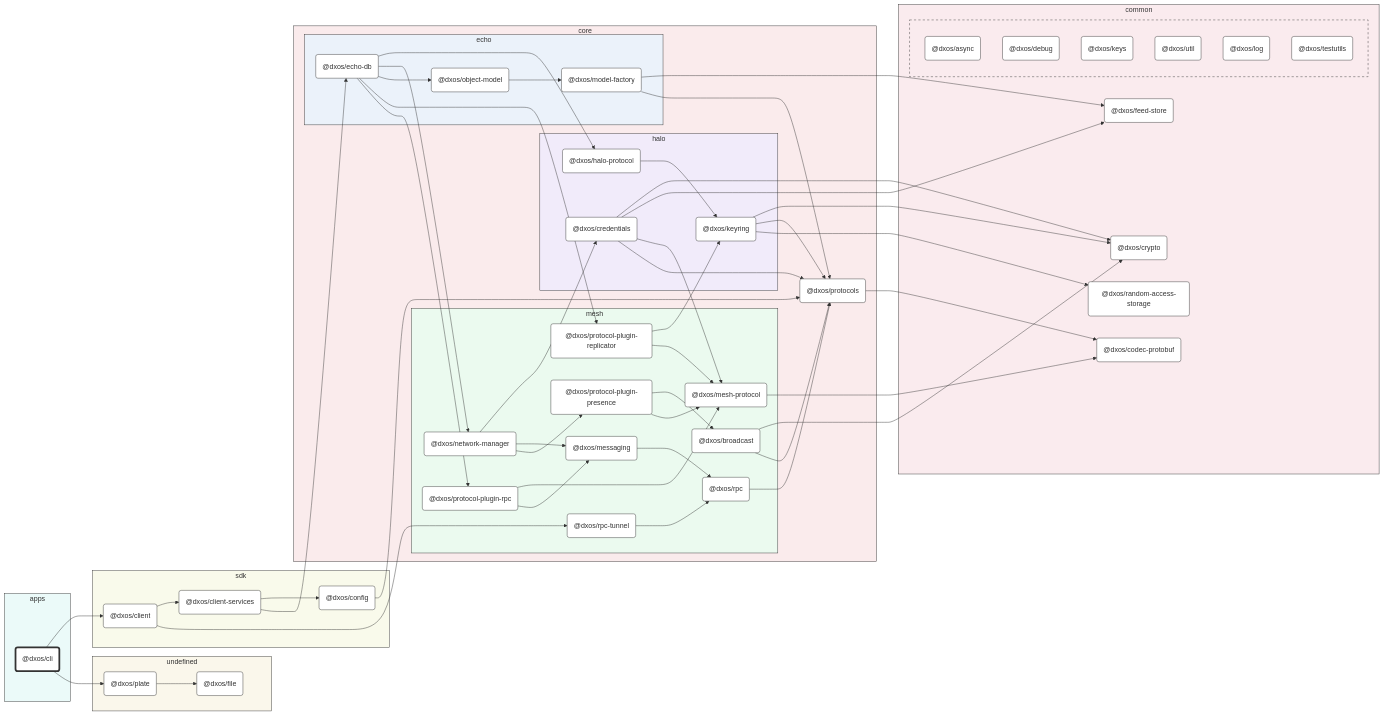
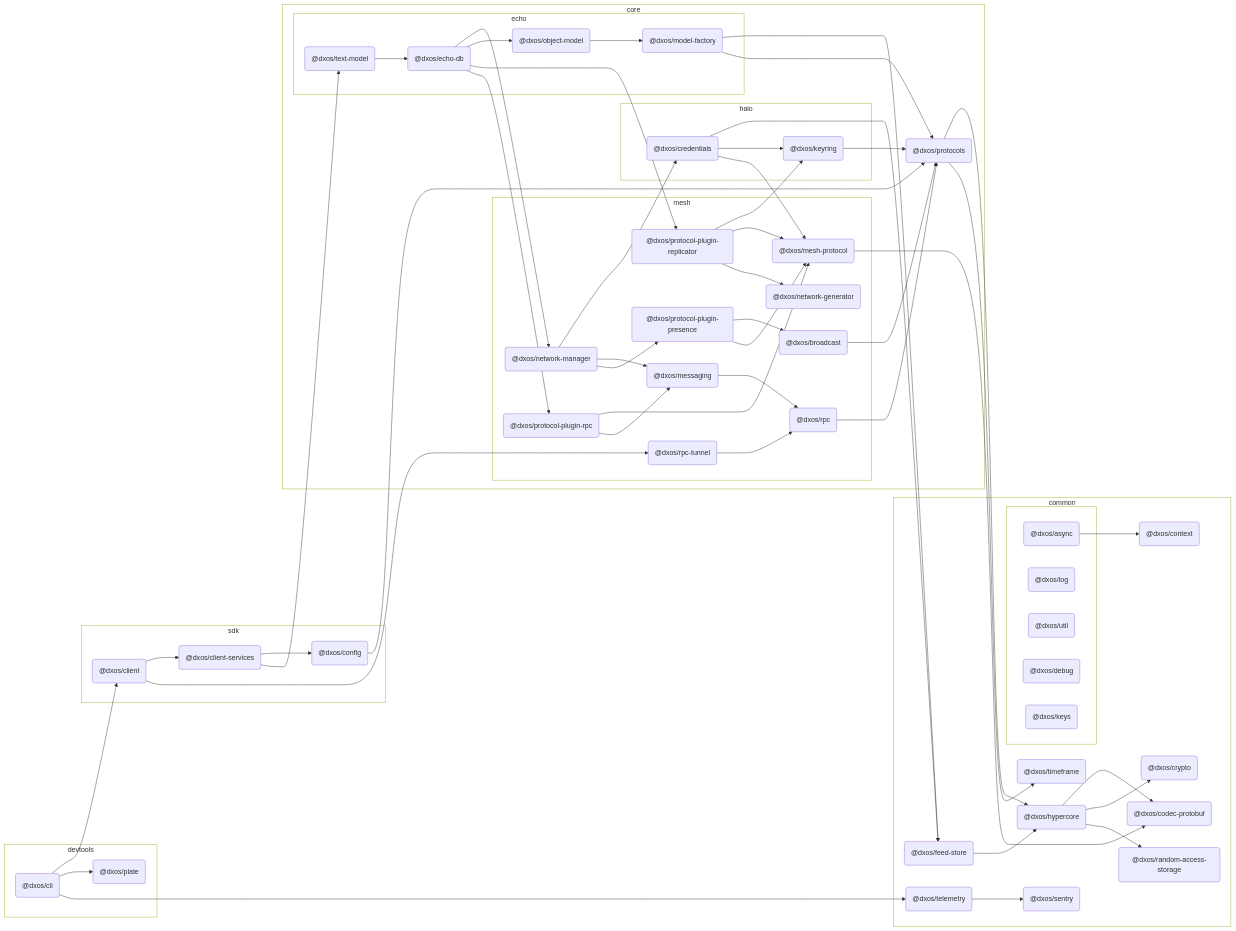
The diagram in packages/devtools/cli/docs/README.md (dxos/dxos), drawn with Mermaid before and after one commit. The commit also changed other lines of this file and 127 other files, not shown here.

````diff
--- a/packages/devtools/cli/docs/README.md
+++ b/packages/devtools/cli/docs/README.md
@@ -10,47 +10,57 @@
 flowchart LR
 
 %% Classes
-classDef def fill:#fff,stroke:#333,stroke-width:1px
-classDef root fill:#fff,stroke:#333,stroke-width:4px
+
+
 
 %% Nodes
 
-subgraph apps [apps]
-  style apps fill:#ebfaf9,stroke:#333
+subgraph devtools [devtools]
+  style devtools fill:transparent
   dxos/cli("@dxos/cli"):::root
-  click dxos/cli "dxos/dxos/tree/main/packages/apps/cli/docs"
+  click dxos/cli "dxos/dxos/tree/main/packages/devtools/cli/docs"
+  dxos/plate("@dxos/plate"):::def
+  click dxos/plate "dxos/dxos/tree/main/packages/devtools/plate/docs"
 end
 
 subgraph common [common]
-  style common fill:#faebee,stroke:#333
+  style common fill:transparent
+  dxos/context("@dxos/context"):::def
+  click dxos/context "dxos/dxos/tree/main/packages/common/context/docs"
   dxos/codec-protobuf("@dxos/codec-protobuf"):::def
   click dxos/codec-protobuf "dxos/dxos/tree/main/packages/common/codec-protobuf/docs"
+  dxos/hypercore("@dxos/hypercore"):::def
+  click dxos/hypercore "dxos/dxos/tree/main/packages/common/hypercore/docs"
   dxos/crypto("@dxos/crypto"):::def
   click dxos/crypto "dxos/dxos/tree/main/packages/common/crypto/docs"
+  dxos/random-access-storage("@dxos/random-access-storage"):::def
+  click dxos/random-access-storage "dxos/dxos/tree/main/packages/common/random-access-storage/docs"
+  dxos/timeframe("@dxos/timeframe"):::def
+  click dxos/timeframe "dxos/dxos/tree/main/packages/common/timeframe/docs"
   dxos/feed-store("@dxos/feed-store"):::def
   click dxos/feed-store "dxos/dxos/tree/main/packages/common/feed-store/docs"
-  dxos/random-access-storage("@dxos/random-access-storage"):::def
-  click dxos/random-access-storage "dxos/dxos/tree/main/packages/common/random-access-storage/docs"
+  dxos/sentry("@dxos/sentry"):::def
+  click dxos/sentry "dxos/dxos/tree/main/packages/common/sentry/docs"
+  dxos/telemetry("@dxos/telemetry"):::def
+  click dxos/telemetry "dxos/dxos/tree/main/packages/common/telemetry/docs"
 
   subgraph _ [ ]
-    style _ fill:#faebee,stroke:#333,stroke-dasharray:5 5
+    style _ fill:transparent
     dxos/async("@dxos/async"):::def
     click dxos/async "dxos/dxos/tree/main/packages/common/async/docs"
+    dxos/log("@dxos/log"):::def
+    click dxos/log "dxos/dxos/tree/main/packages/common/log/docs"
+    dxos/util("@dxos/util"):::def
+    click dxos/util "dxos/dxos/tree/main/packages/common/util/docs"
     dxos/debug("@dxos/debug"):::def
     click dxos/debug "dxos/dxos/tree/main/packages/common/debug/docs"
     dxos/keys("@dxos/keys"):::def
     click dxos/keys "dxos/dxos/tree/main/packages/common/keys/docs"
-    dxos/util("@dxos/util"):::def
-    click dxos/util "dxos/dxos/tree/main/packages/common/util/docs"
-    dxos/log("@dxos/log"):::def
-    click dxos/log "dxos/dxos/tree/main/packages/common/log/docs"
-    dxos/testutils("@dxos/testutils"):::def
-    click dxos/testutils "dxos/dxos/tree/main/packages/common/testutils/docs"
   end
 end
 
 subgraph sdk [sdk]
-  style sdk fill:#f9faeb,stroke:#333
+  style sdk fill:transparent
   dxos/client("@dxos/client"):::def
   click dxos/client "dxos/dxos/tree/main/packages/sdk/client/docs"
   dxos/client-services("@dxos/client-services"):::def
@@ -60,22 +70,20 @@
 end
 
 subgraph core [core]
-  style core fill:#faebec,stroke:#333
+  style core fill:transparent
   dxos/protocols("@dxos/protocols"):::def
   click dxos/protocols "dxos/dxos/tree/main/packages/core/protocols/docs"
 
   subgraph halo [halo]
-    style halo fill:#f1ebfa,stroke:#333
+    style halo fill:transparent
     dxos/credentials("@dxos/credentials"):::def
     click dxos/credentials "dxos/dxos/tree/main/packages/core/halo/credentials/docs"
-    dxos/halo-protocol("@dxos/halo-protocol"):::def
-    click dxos/halo-protocol "dxos/dxos/tree/main/packages/core/halo/halo-protocol/docs"
     dxos/keyring("@dxos/keyring"):::def
     click dxos/keyring "dxos/dxos/tree/main/packages/core/halo/keyring/docs"
   end
 
   subgraph mesh [mesh]
-    style mesh fill:#ebfaef,stroke:#333
+    style mesh fill:transparent
     dxos/mesh-protocol("@dxos/mesh-protocol"):::def
     click dxos/mesh-protocol "dxos/dxos/tree/main/packages/core/mesh/mesh-protocol/docs"
     dxos/messaging("@dxos/messaging"):::def
@@ -90,6 +98,8 @@
     click dxos/broadcast "dxos/dxos/tree/main/packages/core/mesh/broadcast/docs"
     dxos/protocol-plugin-replicator("@dxos/protocol-plugin-replicator"):::def
     click dxos/protocol-plugin-replicator "dxos/dxos/tree/main/packages/core/mesh/protocol-plugin-replicator/docs"
+    dxos/network-generator("@dxos/network-generator"):::def
+    click dxos/network-generator "dxos/dxos/tree/main/packages/core/mesh/network-generator/docs"
     dxos/protocol-plugin-rpc("@dxos/protocol-plugin-rpc"):::def
     click dxos/protocol-plugin-rpc "dxos/dxos/tree/main/packages/core/mesh/protocol-plugin-rpc/docs"
     dxos/rpc-tunnel("@dxos/rpc-tunnel"):::def
@@ -97,42 +107,35 @@
   end
 
   subgraph echo [echo]
-    style echo fill:#ebf2fa,stroke:#333
+    style echo fill:transparent
     dxos/echo-db("@dxos/echo-db"):::def
     click dxos/echo-db "dxos/dxos/tree/main/packages/core/echo/echo-db/docs"
     dxos/model-factory("@dxos/model-factory"):::def
     click dxos/model-factory "dxos/dxos/tree/main/packages/core/echo/model-factory/docs"
     dxos/object-model("@dxos/object-model"):::def
     click dxos/object-model "dxos/dxos/tree/main/packages/core/echo/object-model/docs"
+    dxos/text-model("@dxos/text-model"):::def
+    click dxos/text-model "dxos/dxos/tree/main/packages/core/echo/text-model/docs"
   end
 end
 
-subgraph undefined [undefined]
-  style undefined fill:#faf7eb,stroke:#333
-  dxos/plate("@dxos/plate"):::def
-  click dxos/plate "dxos/dxos/tree/main/tools/plate/docs"
-  dxos/file("@dxos/file"):::def
-  click dxos/file "dxos/dxos/tree/main/tools/file/docs"
-end
-
 %% Links
-linkStyle default stroke:#333,stroke-width:1px
+dxos/async --> dxos/context
 dxos/cli --> dxos/client
 dxos/client --> dxos/client-services
 dxos/client-services --> dxos/config
 dxos/config --> dxos/protocols
-dxos/protocols --> dxos/codec-protobuf
-dxos/credentials --> dxos/crypto
+dxos/protocols --> dxos/hypercore
+dxos/hypercore --> dxos/codec-protobuf
+dxos/hypercore --> dxos/crypto
+dxos/hypercore --> dxos/random-access-storage
+dxos/protocols --> dxos/timeframe
 dxos/credentials --> dxos/feed-store
+dxos/feed-store --> dxos/hypercore
+dxos/credentials --> dxos/keyring
+dxos/keyring --> dxos/protocols
 dxos/credentials --> dxos/mesh-protocol
 dxos/mesh-protocol --> dxos/codec-protobuf
-dxos/credentials --> dxos/protocols
-dxos/client-services --> dxos/echo-db
-dxos/echo-db --> dxos/halo-protocol
-dxos/halo-protocol --> dxos/keyring
-dxos/keyring --> dxos/crypto
-dxos/keyring --> dxos/protocols
-dxos/keyring --> dxos/random-access-storage
 dxos/messaging --> dxos/rpc
 dxos/rpc --> dxos/protocols
 dxos/model-factory --> dxos/feed-store
@@ -142,7 +145,6 @@
 dxos/network-manager --> dxos/messaging
 dxos/network-manager --> dxos/protocol-plugin-presence
 dxos/protocol-plugin-presence --> dxos/broadcast
-dxos/broadcast --> dxos/crypto
 dxos/broadcast --> dxos/protocols
 dxos/protocol-plugin-presence --> dxos/mesh-protocol
 dxos/echo-db --> dxos/object-model
@@ -150,11 +152,15 @@
 dxos/echo-db --> dxos/protocol-plugin-replicator
 dxos/protocol-plugin-replicator --> dxos/keyring
 dxos/protocol-plugin-replicator --> dxos/mesh-protocol
+dxos/protocol-plugin-replicator --> dxos/network-generator
 dxos/echo-db --> dxos/protocol-plugin-rpc
 dxos/protocol-plugin-rpc --> dxos/mesh-protocol
 dxos/protocol-plugin-rpc --> dxos/messaging
+dxos/client-services --> dxos/text-model
+dxos/text-model --> dxos/echo-db
 dxos/client --> dxos/rpc-tunnel
 dxos/rpc-tunnel --> dxos/rpc
 dxos/cli --> dxos/plate
-dxos/plate --> dxos/file
+dxos/cli --> dxos/telemetry
+dxos/telemetry --> dxos/sentry
 ```
````
